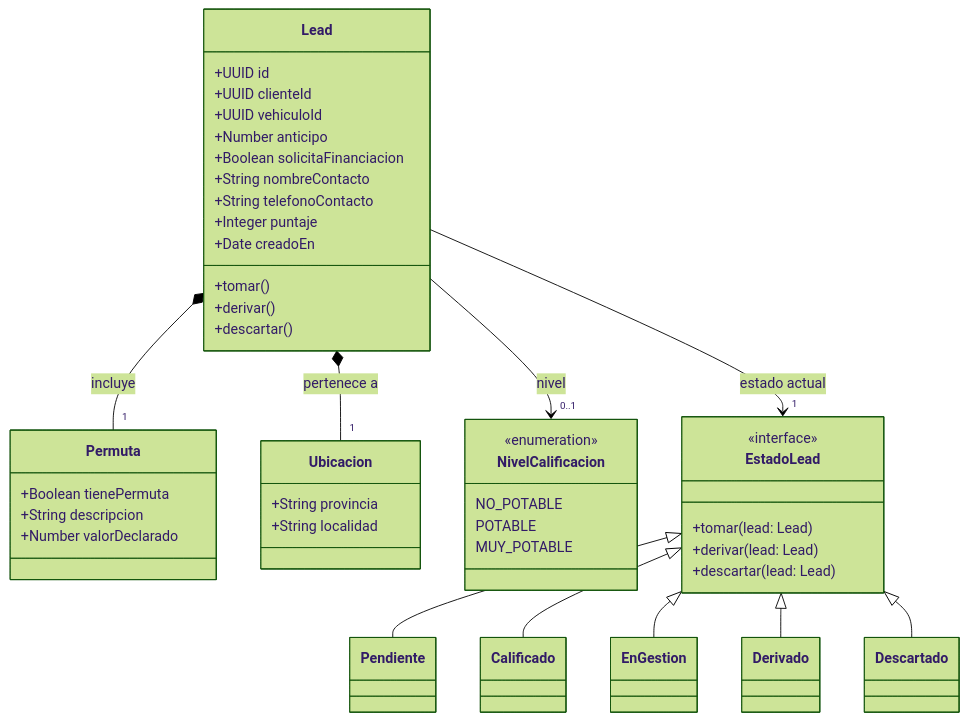
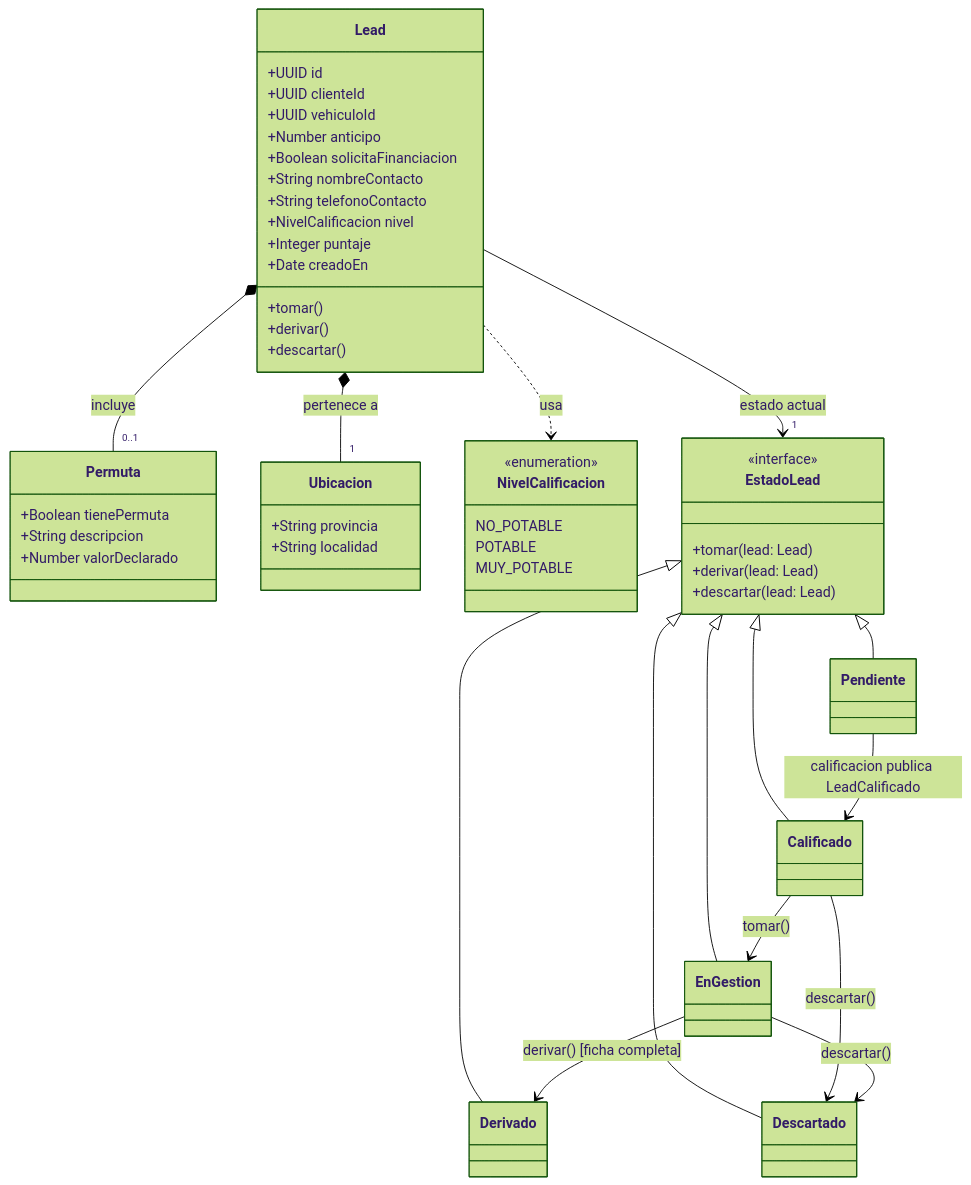
One commit to naimgaunaa/LeadsMicroservice changed the diagram in docs/diagrams/diagrama_clases.mmd. Above: the diagram before and after it, drawn with Mermaid (forest theme). The commit also changed 2 other files, not shown here.

Commit message:
docs: document CRM lead architecture v1.1
Adds the v1.1 architecture document and lead lifecycle diagram, and updates the class diagram to reflect the agreed domain model and valid state transitions.

```diff
--- a/docs/diagrams/diagrama_clases.mmd
+++ b/docs/diagrams/diagrama_clases.mmd
@@ -1,61 +1,69 @@
 classDiagram
     class Lead {
         +UUID id
         +UUID clienteId
         +UUID vehiculoId
         +Number anticipo
         +Boolean solicitaFinanciacion
         +String nombreContacto
         +String telefonoContacto
+        +NivelCalificacion nivel
         +Integer puntaje
         +Date creadoEn
         +tomar()
         +derivar()
         +descartar()
     }
 
     class Permuta {
         +Boolean tienePermuta
         +String descripcion
         +Number valorDeclarado
     }
 
     class Ubicacion {
         +String provincia
         +String localidad
     }
-    
+
     class NivelCalificacion {
         <<enumeration>>
         NO_POTABLE
         POTABLE
         MUY_POTABLE
     }
 
     class EstadoLead {
         <<interface>>
         +tomar(lead: Lead)
         +derivar(lead: Lead)
         +descartar(lead: Lead)
     }
 
     class Pendiente { }
     class Calificado { }
     class EnGestion { }
     class Derivado { }
     class Descartado { }
 
-    %% Relaciones de Composición (El lead contiene esta información)
-    Lead *-- "1" Permuta : incluye
+    %% Value objects contenidos en Lead
+    Lead *-- "0..1" Permuta : incluye
     Lead *-- "1" Ubicacion : pertenece a
-    
-    %% Relaciones de Asociación
-    Lead --> "0..1" NivelCalificacion : nivel
+
+    %% El nivel es un enum del dominio de Lead
+    Lead ..> NivelCalificacion : usa
+
+    %% Patrón State
     Lead --> "1" EstadoLead : estado actual
-
-    %% Implementaciones del Patrón State
     EstadoLead <|-- Pendiente
     EstadoLead <|-- Calificado
     EstadoLead <|-- EnGestion
     EstadoLead <|-- Derivado
     EstadoLead <|-- Descartado
+
+    %% Transiciones válidas del ciclo de vida (Figura 6)
+    Pendiente --> Calificado : calificacion publica LeadCalificado
+    Calificado --> EnGestion : tomar()
+    Calificado --> Descartado : descartar()
+    EnGestion --> Derivado : derivar() [ficha completa]
+    EnGestion --> Descartado : descartar()
```
